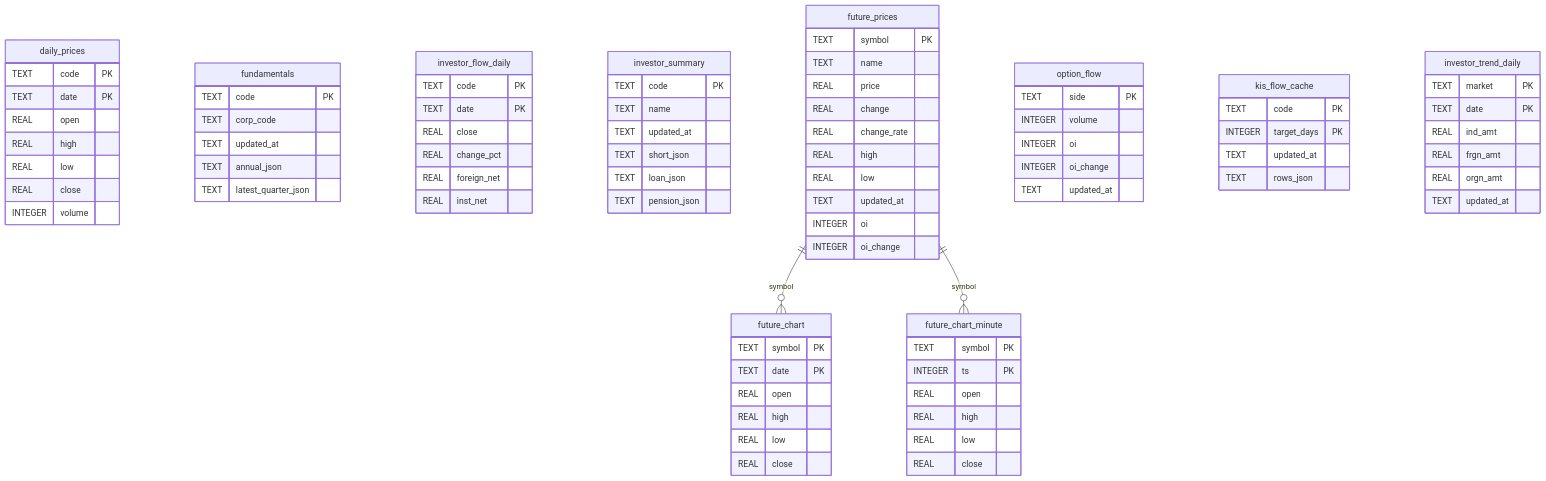
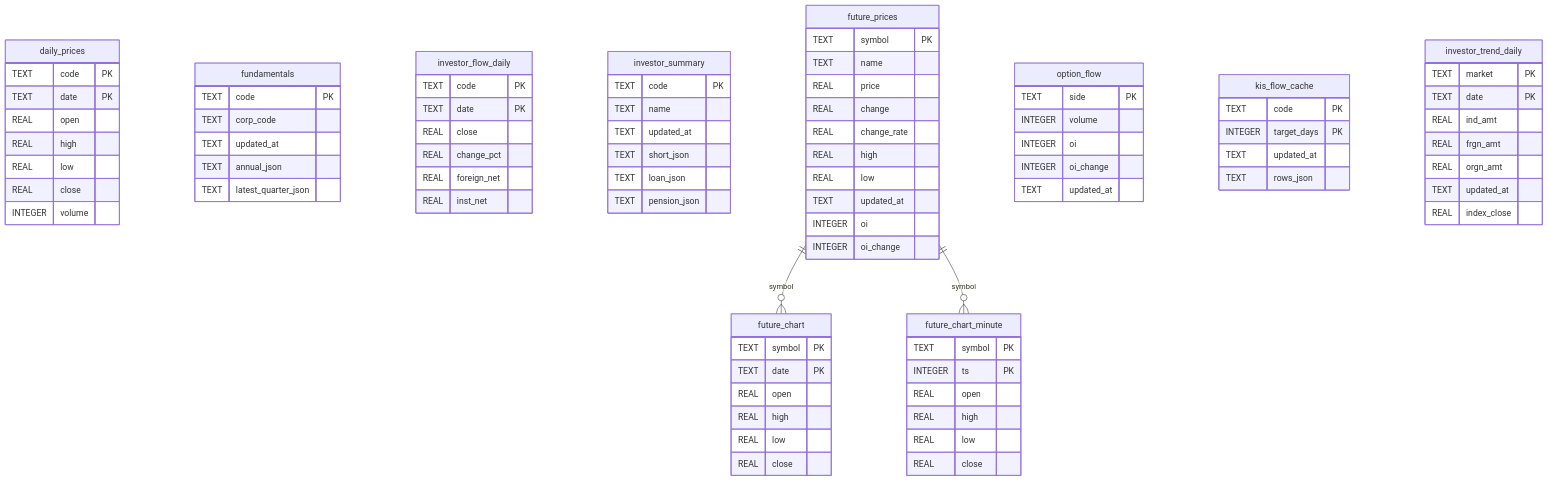
The first of 2 diagrams in docs/DB_SPEC.md (goodbyestarwars/tistory-ticker), drawn with Mermaid before and after one commit. The commit also changed other lines of this file and 16 other files, not shown here.

```diff
--- a/docs/DB_SPEC.md
+++ b/docs/DB_SPEC.md
@@ -118,6 +118,7 @@
     REAL frgn_amt
     REAL orgn_amt
     TEXT updated_at
+    REAL index_close
   }
   future_prices ||--o{ future_chart : "symbol"
   future_prices ||--o{ future_chart_minute : "symbol"
```
